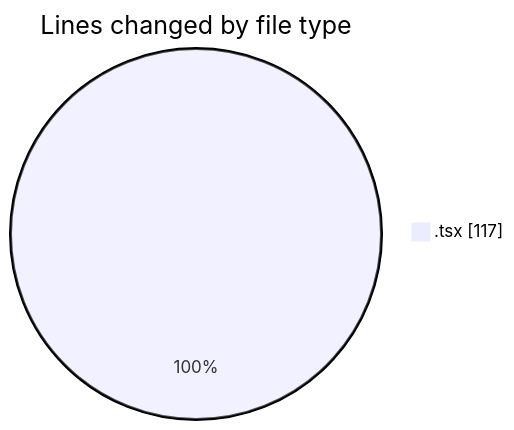
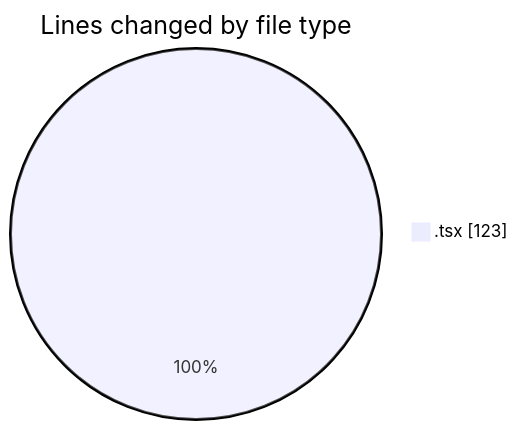
One commit to robertbonfada/code-tracking changed the first of 2 diagrams in 2025-02-04/mbc-web/README.md. Above: the diagram before and after it, drawn with Mermaid. The commit also changed other lines of this file and 1 other file, not shown here.

````diff
--- a/2025-02-04/mbc-web/README.md
+++ b/2025-02-04/mbc-web/README.md
@@ -22,5 +22,5 @@
 ```mermaid
 pie showData
 title Lines changed by file type
-".tsx" : 117
+".tsx" : 123
 ```
````
